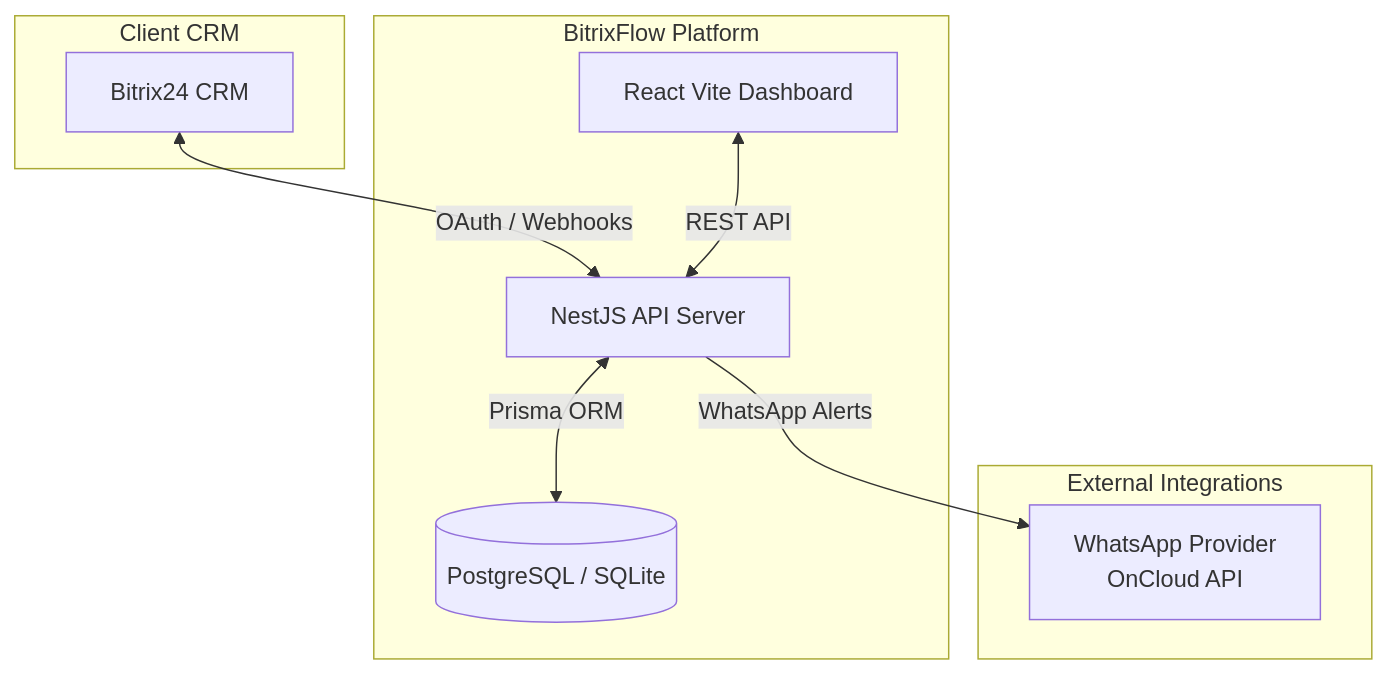
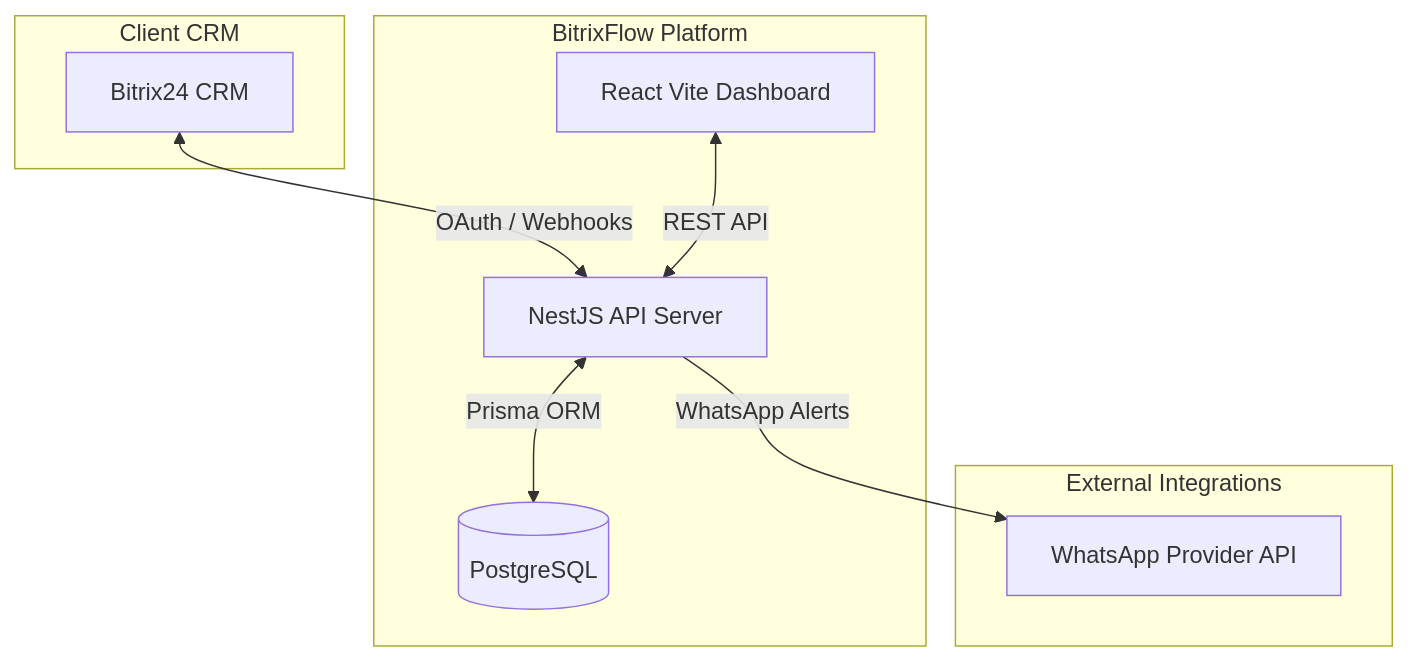
Before and after one commit to usmankhan4001/Bitrix-Workflow-Manager: the first of 2 diagrams in README.md, drawn with Mermaid. The commit also changed other lines of this file, not shown here.

Commit message:
docs: fix mermaid diagrams syntax and restore workflow diagram

````diff
--- a/README.md
+++ b/README.md
@@ -14,21 +13,21 @@
 ```mermaid
-graph TD
+flowchart TD
     subgraph Client CRM
         B24[Bitrix24 CRM]
     end
     
     subgraph BitrixFlow Platform
         UI[React Vite Dashboard]
         API[NestJS API Server]
-        DB[(PostgreSQL / SQLite)]
+        DB[(PostgreSQL)]
     end
     
     subgraph External Integrations
-        WA[WhatsApp Provider <br/> OnCloud API]
+        WA[WhatsApp Provider API]
     end
 
     B24 <-->|OAuth / Webhooks| API
     UI <-->|REST API| API
     API <-->|Prisma ORM| DB
     API -->|WhatsApp Alerts| WA
 ```
````
